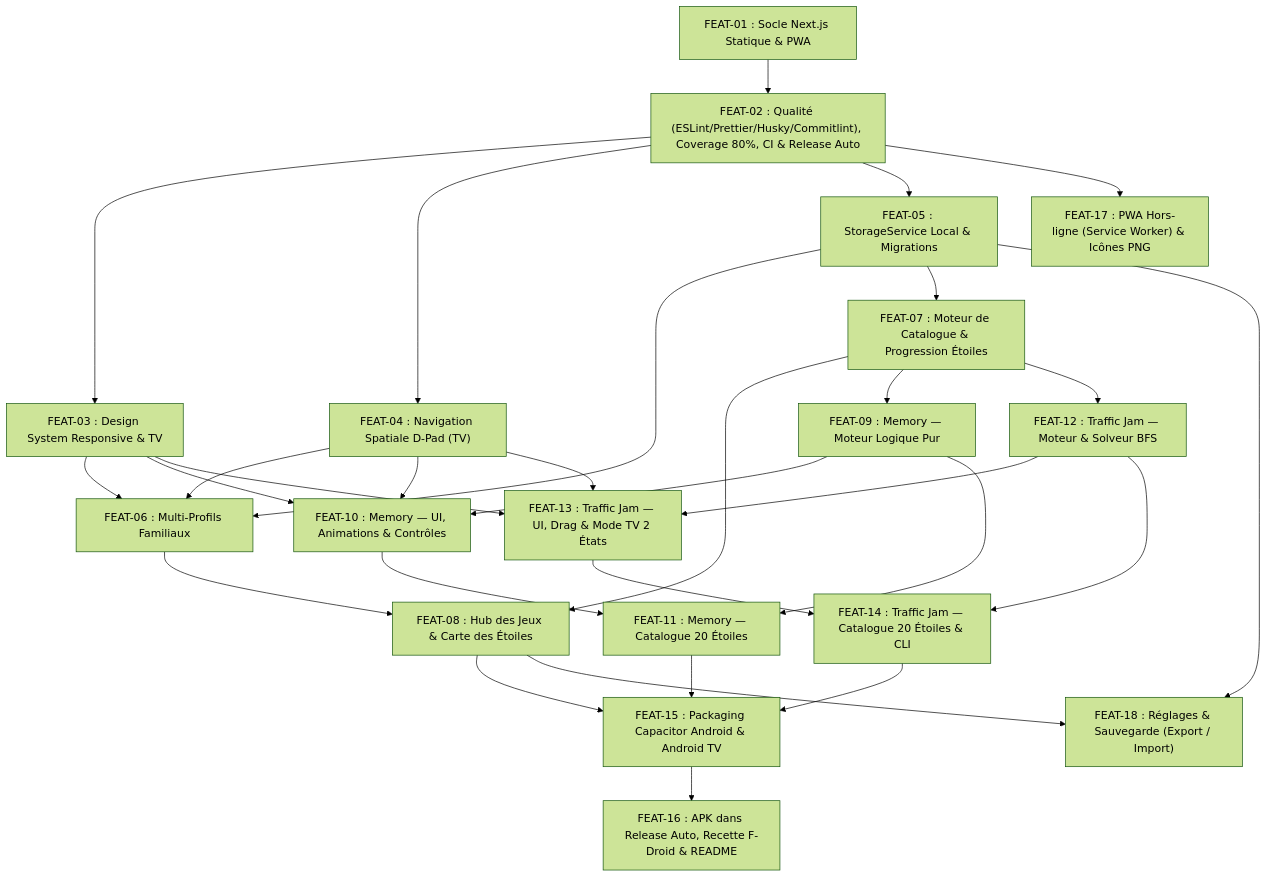
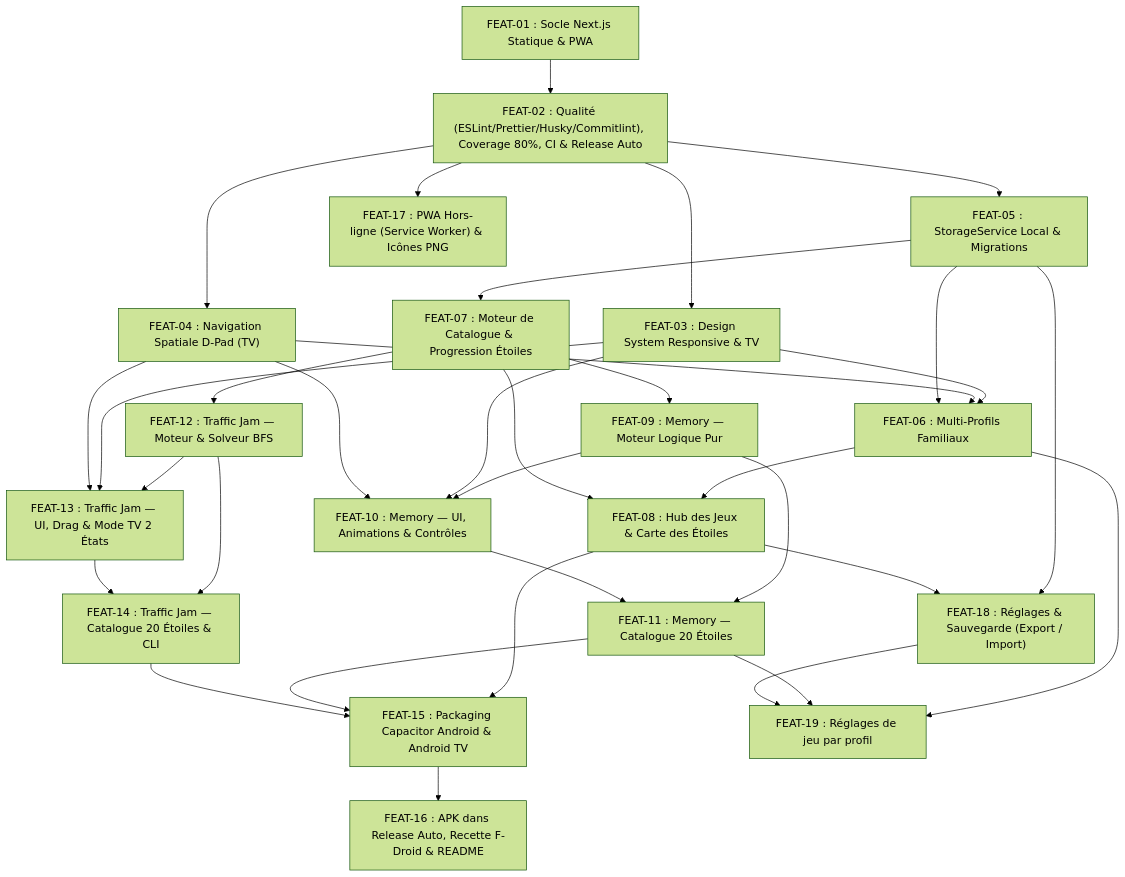
Before and after one commit to youtix/mia: the third of 3 diagrams in docs/SPECIFICATION.md, drawn with Mermaid (forest theme). The commit also changed other lines of this file and 29 other files, not shown here.

````diff
--- a/docs/SPECIFICATION.md
+++ b/docs/SPECIFICATION.md
@@ -286,39 +306,43 @@
 ```mermaid
 flowchart TD
     F01["FEAT-01 : Socle Next.js Statique & PWA"] --> F02["FEAT-02 : Qualité (ESLint/Prettier/Husky/Commitlint), Coverage 80%, CI & Release Auto"]
     F02 --> F03["FEAT-03 : Design System Responsive & TV"]
     F02 --> F04["FEAT-04 : Navigation Spatiale D-Pad (TV)"]
     F02 --> F05["FEAT-05 : StorageService Local & Migrations"]
 
     F03 --> F06["FEAT-06 : Multi-Profils Familiaux"]
     F04 --> F06
     F05 --> F06
 
     F05 --> F07["FEAT-07 : Moteur de Catalogue & Progression Étoiles"]
     F06 --> F08["FEAT-08 : Hub des Jeux & Carte des Étoiles"]
     F07 --> F08
 
     F07 --> F09["FEAT-09 : Memory — Moteur Logique Pur"]
     F09 --> F10["FEAT-10 : Memory — UI, Animations & Contrôles"]
     F03 --> F10
     F04 --> F10
     F09 --> F11["FEAT-11 : Memory — Catalogue 20 Étoiles"]
     F10 --> F11
 
     F07 --> F12["FEAT-12 : Traffic Jam — Moteur & Solveur BFS"]
     F12 --> F13["FEAT-13 : Traffic Jam — UI, Drag & Mode TV 2 États"]
     F03 --> F13
     F04 --> F13
     F12 --> F14["FEAT-14 : Traffic Jam — Catalogue 20 Étoiles & CLI"]
     F13 --> F14
 
     F08 --> F15["FEAT-15 : Packaging Capacitor Android & Android TV"]
     F11 --> F15
     F14 --> F15
     F15 --> F16["FEAT-16 : APK dans Release Auto, Recette F-Droid & README"]
 
     F02 --> F17["FEAT-17 : PWA Hors-ligne (Service Worker) & Icônes PNG"]
 
     F05 --> F18["FEAT-18 : Réglages & Sauvegarde (Export / Import)"]
     F08 --> F18
+
+    F06 --> F19["FEAT-19 : Réglages de jeu par profil"]
+    F11 --> F19
+    F18 --> F19
 ```
````
